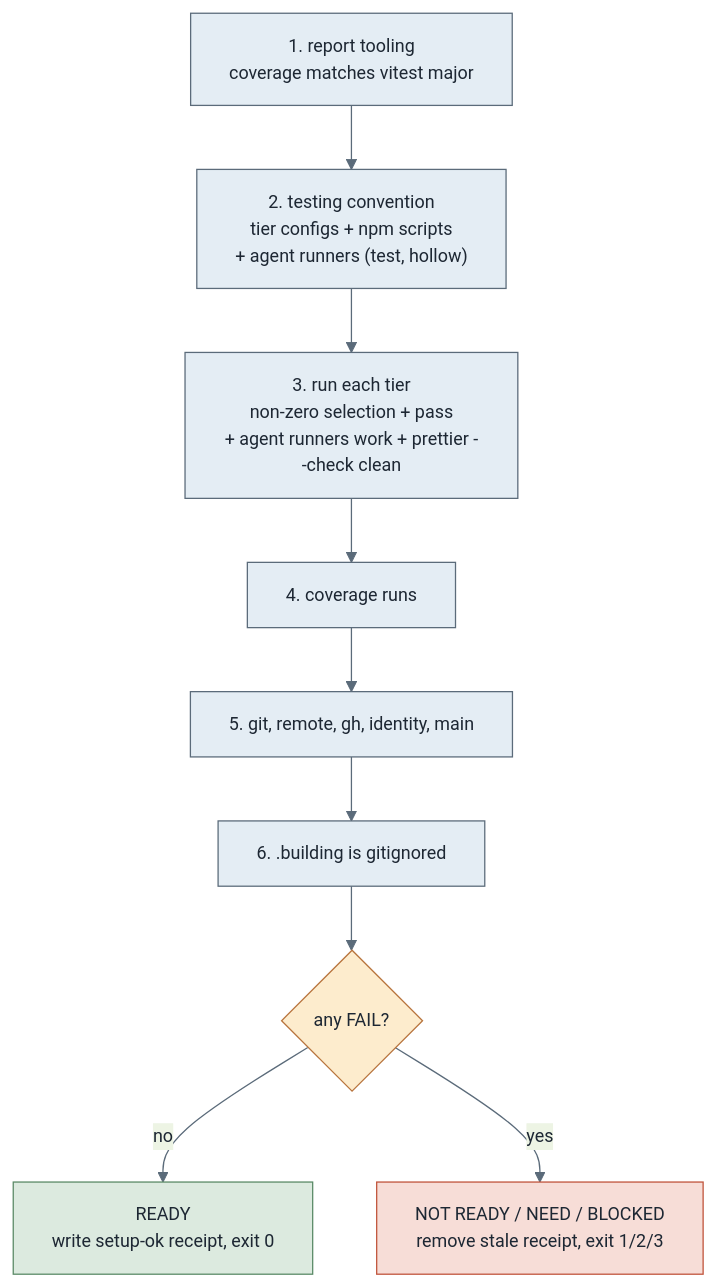
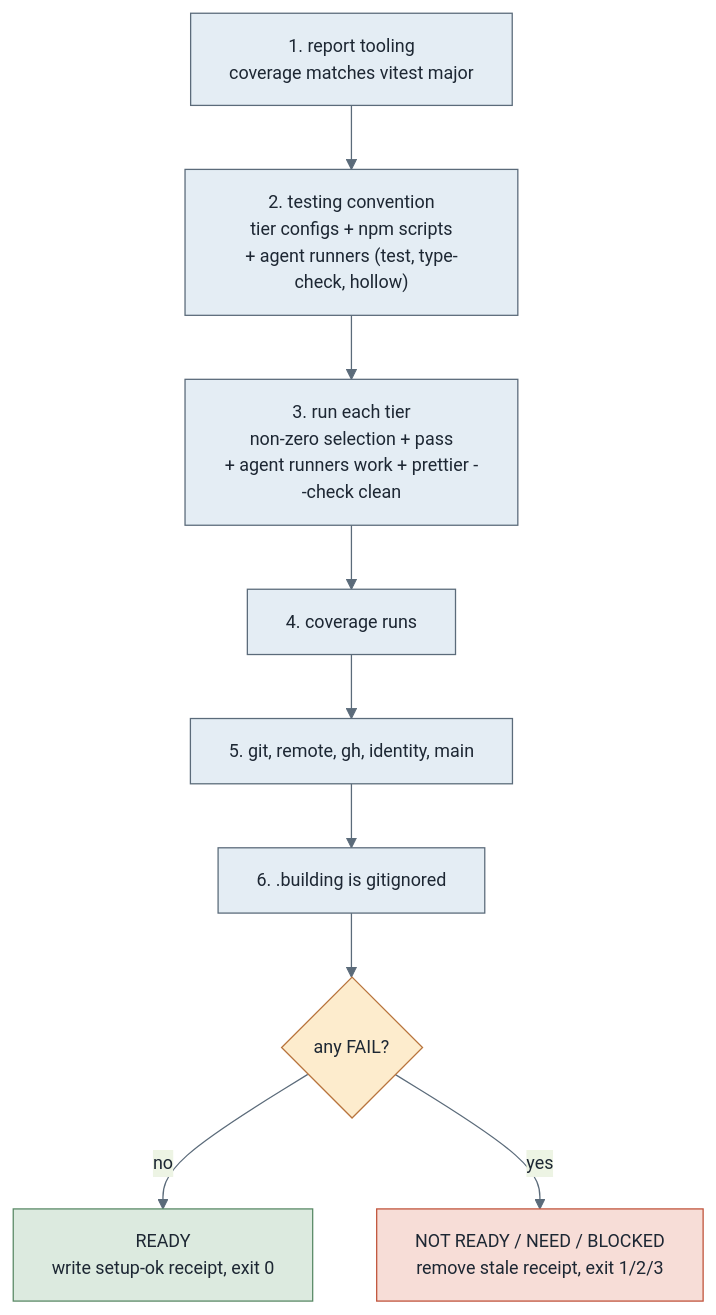
Before and after one commit to omerosaienni/agent-sdlc: the fourth of 4 diagrams in docs/scripts.md, drawn with Mermaid. The commit also changed other lines of this file and 11 other files, not shown here.

````diff
--- a/docs/scripts.md
+++ b/docs/scripts.md
@@ -230,26 +236,26 @@
 ```mermaid
 %%{init: {'theme':'base','themeVariables':{'primaryColor':'#e4edf4','primaryTextColor':'#1d2733','primaryBorderColor':'#5b6b7a','lineColor':'#5b6b7a','fontSize':'14px'}}}%%
 flowchart TD
     s1["1. report tooling<br/>coverage matches vitest major"]
-    s2["2. testing convention<br/>tier configs + npm scripts<br/>+ agent runners (test, hollow)"]
+    s2["2. testing convention<br/>tier configs + npm scripts<br/>+ agent runners (test, type-check, hollow)"]
     s3["3. run each tier<br/>non-zero selection + pass<br/>+ agent runners work + prettier --check clean"]
     s4["4. coverage runs"]
     s5["5. git, remote, gh, identity, main"]
     s6["6. .building is gitignored"]
     verdict{"any FAIL?"}
     ready["READY<br/>write setup-ok receipt, exit 0"]
     notready["NOT READY / NEED / BLOCKED<br/>remove stale receipt, exit 1/2/3"]
 
     s1 --> s2 --> s3 --> s4 --> s5 --> s6 --> verdict
     verdict -->|no| ready
     verdict -->|yes| notready
 
     classDef check fill:#e4edf4,stroke:#5b6b7a,color:#1d2733;
     classDef good fill:#dceadf,stroke:#5a8a66,color:#1d2733;
     classDef bad fill:#f7ddd7,stroke:#c0533b,color:#1d2733;
     classDef decision fill:#fdeccd,stroke:#b8743d,color:#1d2733;
     class s1,s2,s3,s4,s5,s6 check;
     class ready good;
     class notready bad;
     class verdict decision;
 ```
````
